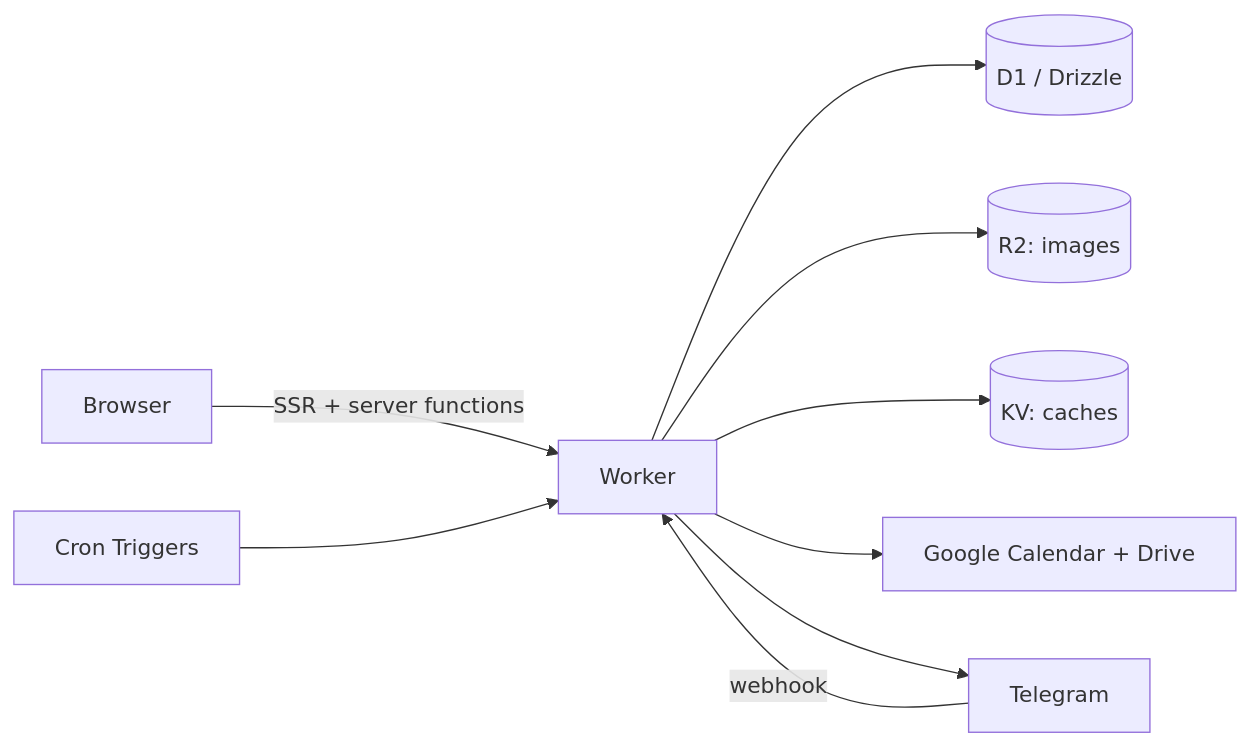
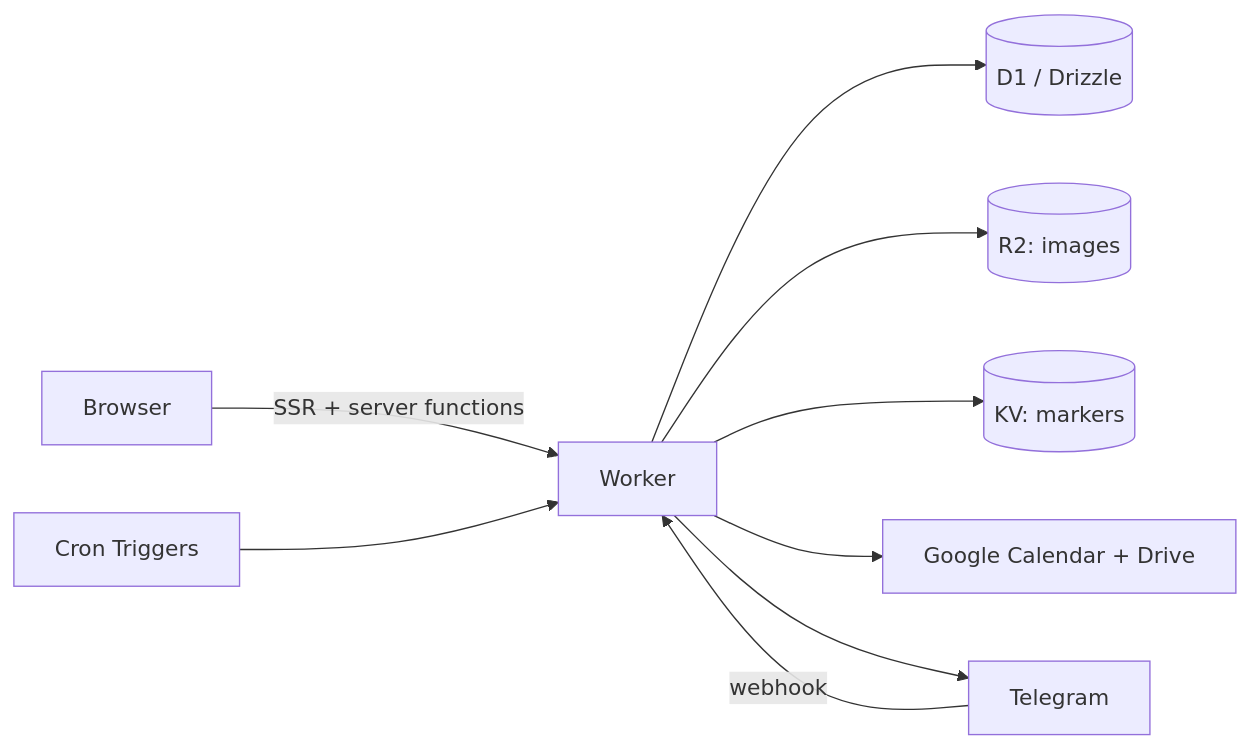
Before and after one commit to sagyzdop/meriksirat: the diagram in README.md, drawn with Mermaid. The commit also changed other lines of this file and 32 other files, not shown here.

````diff
--- a/README.md
+++ b/README.md
@@ -44,11 +44,11 @@
 ```mermaid
 flowchart LR
   Browser -->|SSR + server functions| Worker
   Telegram -->|webhook| Worker
   Cron[Cron Triggers] --> Worker
   Worker --> D1[(D1 / Drizzle)]
   Worker --> R2[(R2: images)]
-  Worker --> KV[(KV: caches)]
+  Worker --> KV[(KV: markers)]
   Worker --> Google[Google Calendar + Drive]
   Worker --> Telegram
 ```
````
